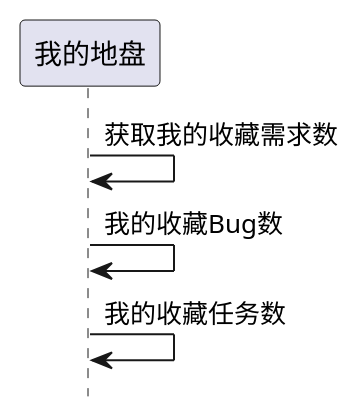
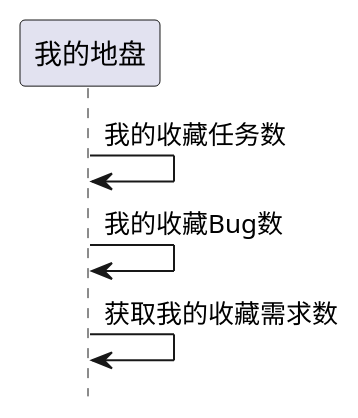
One commit to zj335841911/nt_chandao changed the second of 3 diagrams in ibizpms-docs/src/main/doc/v1/module/ibiz/IbzMyTerritory_old.md. Above: the diagram before and after it, drawn with PlantUML. The commit also changed other lines of this file and 2125 other files, not shown here.

```diff
--- a/ibizpms-docs/src/main/doc/v1/module/ibiz/IbzMyTerritory_old.md
+++ b/ibizpms-docs/src/main/doc/v1/module/ibiz/IbzMyTerritory_old.md
@@ -172,7 +172,7 @@
 {% plantuml %}
 hide footbox
 
+我的地盘 -> 我的地盘: 我的收藏任务数
+我的地盘 -> 我的地盘: 我的收藏Bug数
 我的地盘 -> 我的地盘: 获取我的收藏需求数
-我的地盘 -> 我的地盘: 我的收藏Bug数
-我的地盘 -> 我的地盘: 我的收藏任务数
 {% endplantuml %}
```
